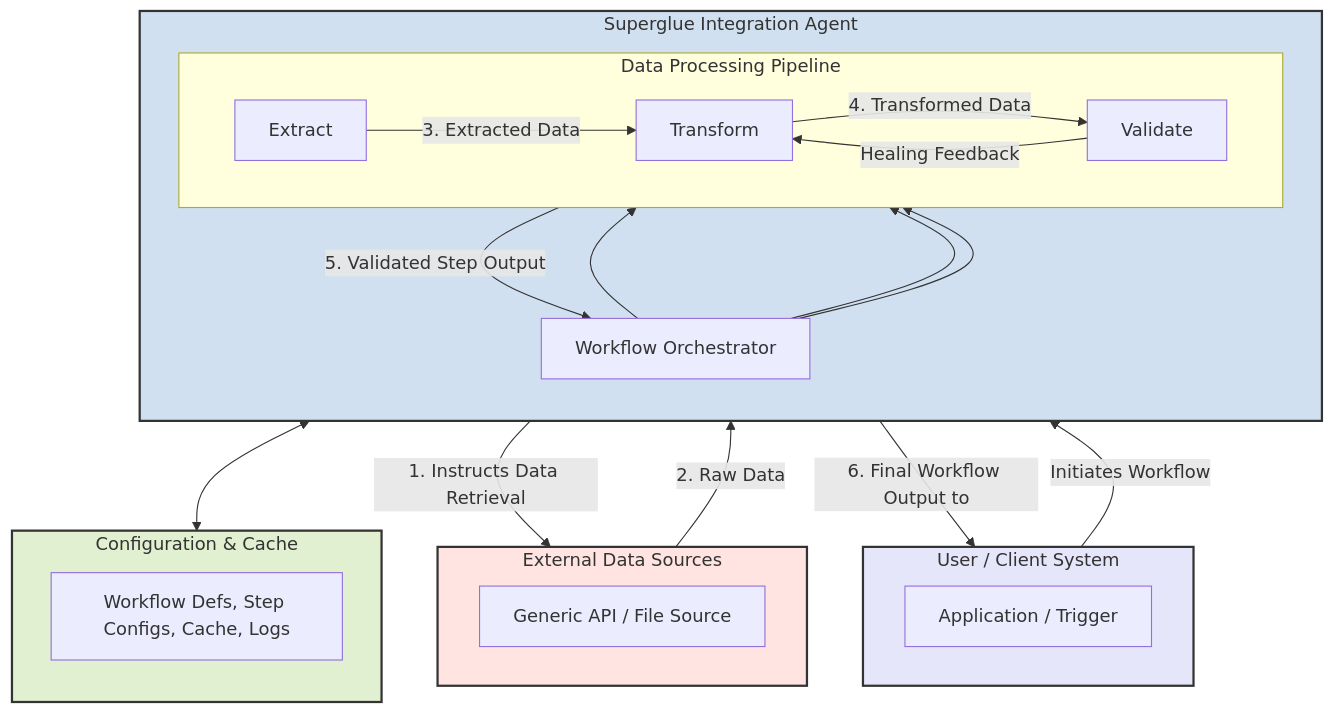
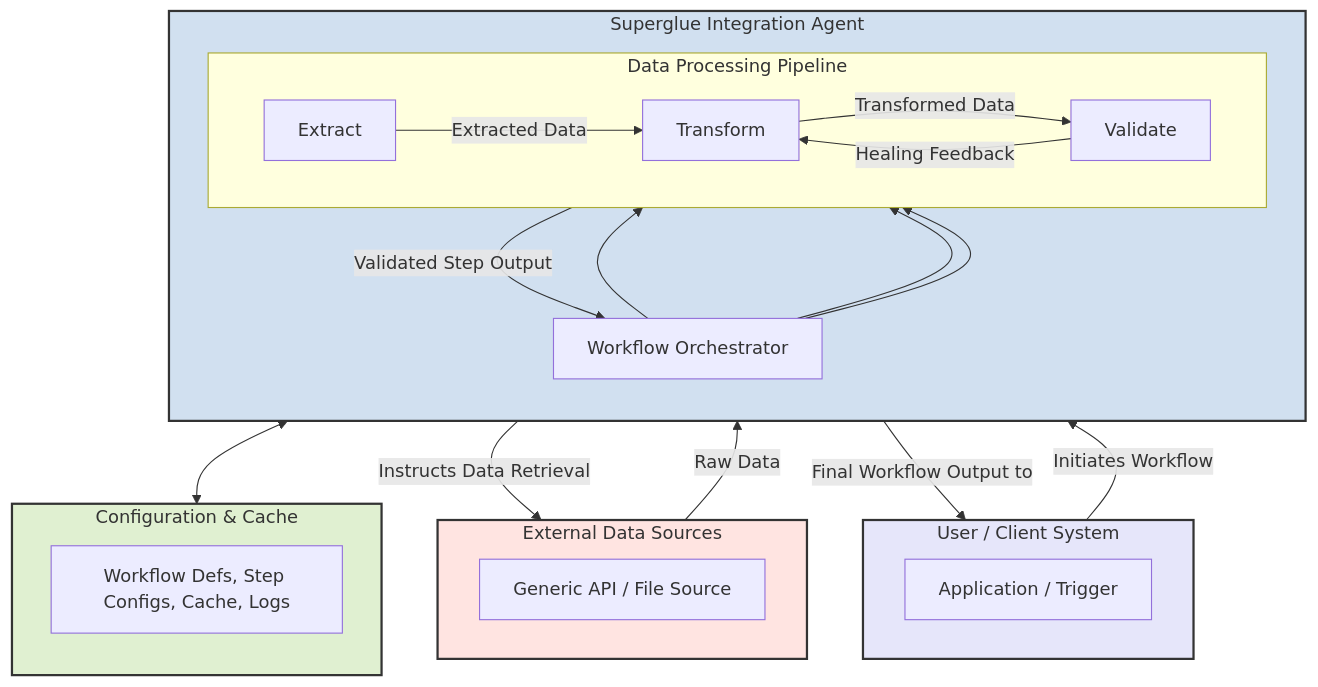
The diagram in docs/guides/architecture.md (superglue-ai/superglue), drawn with Mermaid before and after one commit.

Commit message:
Documentation edits made through Mintlify web editor

````diff
--- a/docs/guides/architecture.md
+++ b/docs/guides/architecture.md
@@ -10,62 +10,62 @@
 ```mermaid
 flowchart TB
     subgraph UserClient[User / Client System]
         direction LR
         AppTrigger["Application / Trigger"]
     end
 
     subgraph ExternalSystems[External Data Sources]
         direction LR
         ExternalSource[Generic API / File Source]
     end
 
     subgraph SuperglueAgent[Superglue Integration Agent]
         direction TB
         Orchestrator[Workflow Orchestrator]
         
         subgraph CoreProcessing[Data Processing Pipeline]
             direction LR
             Extractor[Extract]
             Transformer[Transform]
             Validator[Validate]
         end
         
         %% Orchestrator uses/manages these pipeline components
         Orchestrator --> Extractor
         Orchestrator --> Transformer
         Orchestrator --> Validator
         Validator -- Healing Feedback --> Transformer
     end
 
     subgraph PersistentStore[Configuration & Cache]
         direction TB
         Store[Workflow Defs, Step Configs, Cache, Logs]
     end
 
     %% Simplified Data Flow showing one representative step execution cycle
     AppTrigger -- Initiates Workflow --> Orchestrator
     
     %% Orchestrator coordinates data flow through the pipeline for each step:
-    Orchestrator -- 1. Instructs Data Retrieval --> ExternalSource
-    ExternalSource -- 2. Raw Data --> Extractor
-    Extractor -- 3. Extracted Data --> Transformer
-    Transformer -- 4. Transformed Data --> Validator
-    Validator -- 5. Validated Step Output --> Orchestrator
+    Orchestrator -- Instructs Data Retrieval --> ExternalSource
+    ExternalSource -- Raw Data --> Extractor
+    Extractor -- Extracted Data --> Transformer
+    Transformer -- Transformed Data --> Validator
+    Validator -- Validated Step Output --> Orchestrator
     
-    Orchestrator -- 6. Final Workflow Output to --> AppTrigger
+    Orchestrator -- Final Workflow Output to --> AppTrigger
     %% Note: For multi-step workflows, Orchestrator uses step output (5) from one step
     %% as input to initiate subsequent steps, repeating the cycle (1-5).
 
     SuperglueAgent <--> PersistentStore
 
     %% Styling
     classDef userStyle fill:#e6e6fa,stroke:#333,stroke-width:2px
     classDef externalStyle fill:#ffe4e1,stroke:#333,stroke-width:2px
     classDef superglueStyle fill:#d1e0f0,stroke:#333,stroke-width:2px
     classDef storageStyle fill:#e0f0d1,stroke:#333,stroke-width:2px
 
     class UserClient userStyle
     class ExternalSystems externalStyle
     class SuperglueAgent superglueStyle
     class PersistentStore storageStyle
 ```
````
